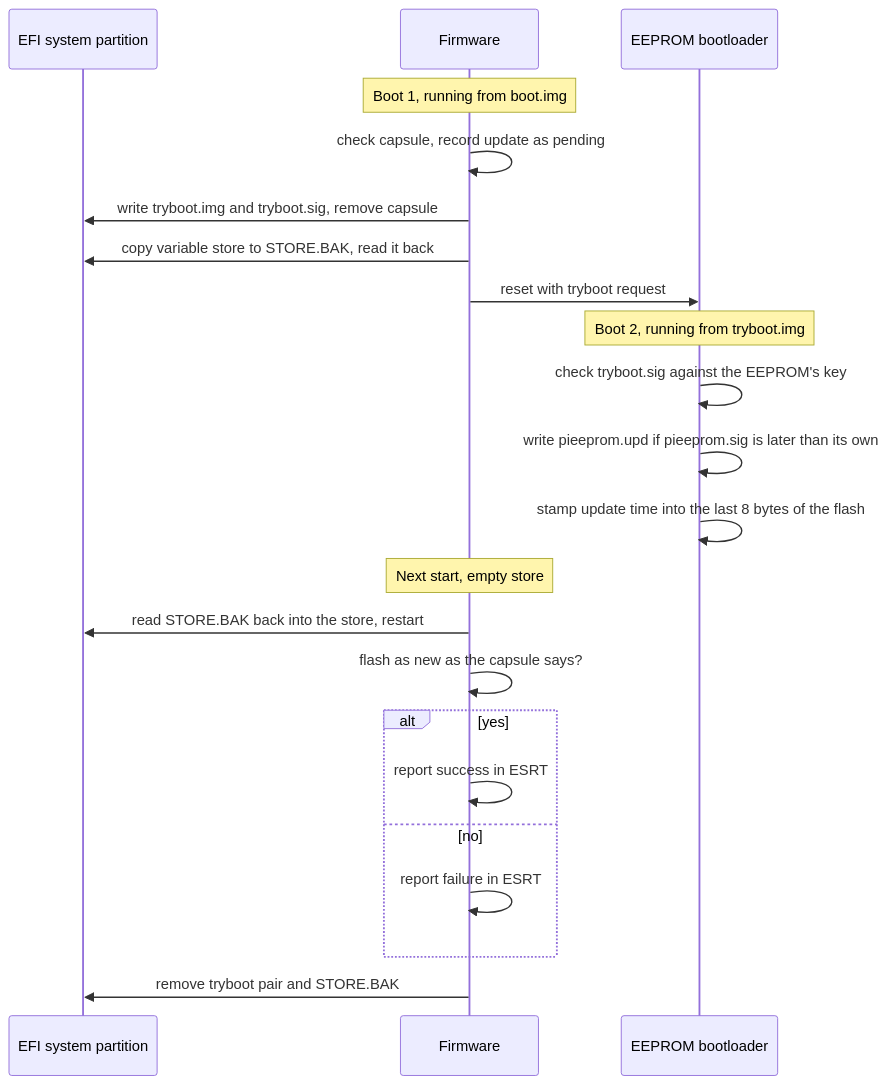
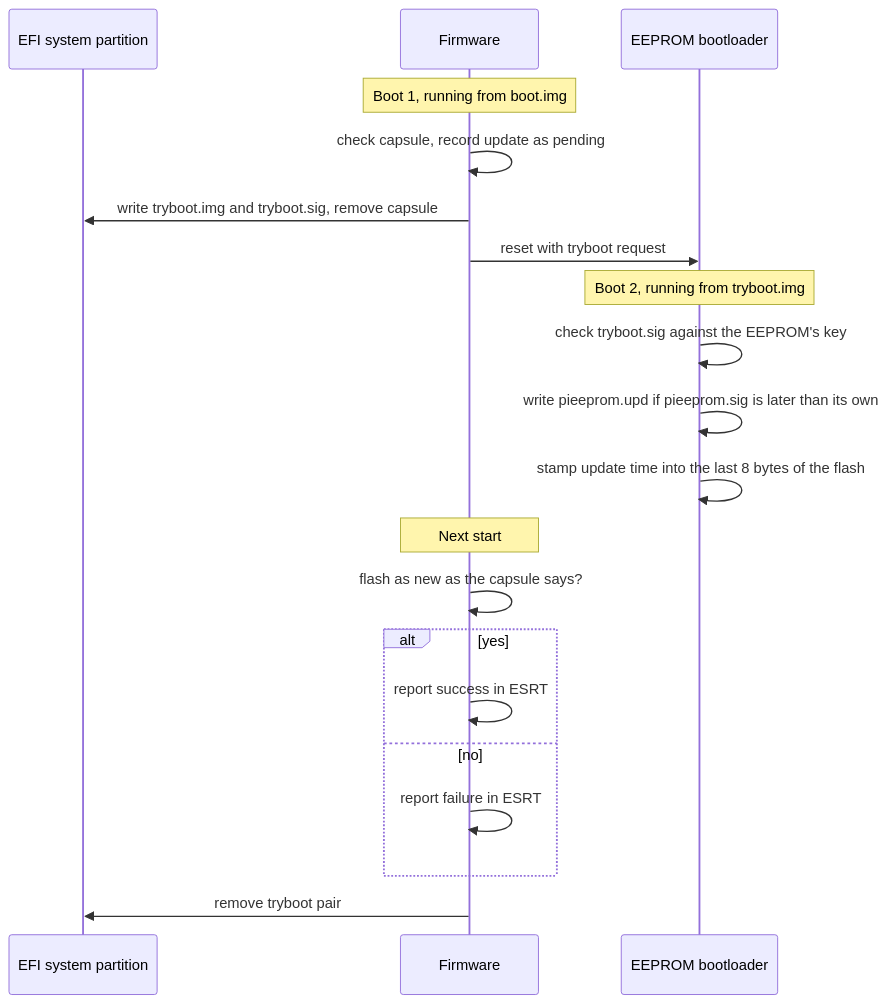
The third of 3 diagrams in docs/updates.md (rusty-pi/nuboot), drawn with Mermaid before and after one commit. The commit also changed other lines of this file and 67 other files, not shown here.

First line of the commit message:
Keep the variable store on the boot disk, not in the EEPROM

````diff
--- a/docs/updates.md
+++ b/docs/updates.md
@@ -184,27 +183,25 @@
 ```mermaid
 sequenceDiagram
     participant ESP as EFI system partition
     participant FW as Firmware
     participant BL as EEPROM bootloader
 
     Note over FW: Boot 1, running from boot.img
     FW->>FW: check capsule, record update as pending
     FW->>ESP: write tryboot.img and tryboot.sig, remove capsule
-    FW->>ESP: copy variable store to STORE.BAK, read it back
     FW->>BL: reset with tryboot request
 
     Note over BL: Boot 2, running from tryboot.img
     BL->>BL: check tryboot.sig against the EEPROM's key
     BL->>BL: write pieeprom.upd if pieeprom.sig is later than its own
     BL->>BL: stamp update time into the last 8 bytes of the flash
 
-    Note over FW: Next start, empty store
-    FW->>ESP: read STORE.BAK back into the store, restart
+    Note over FW: Next start
     FW->>FW: flash as new as the capsule says?
     alt yes
         FW->>FW: report success in ESRT
     else no
         FW->>FW: report failure in ESRT
     end
-    FW->>ESP: remove tryboot pair and STORE.BAK
+    FW->>ESP: remove tryboot pair
 ```
````
